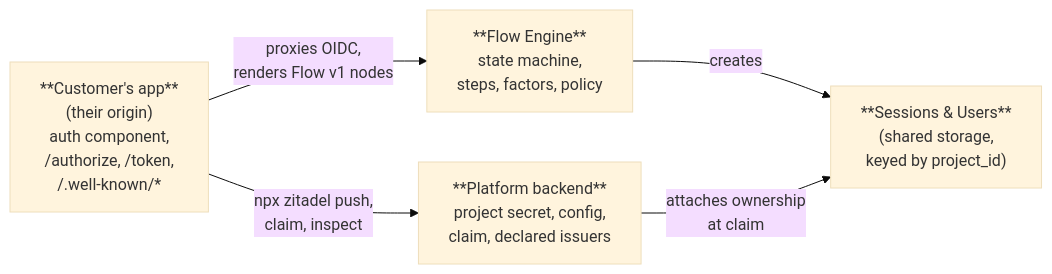
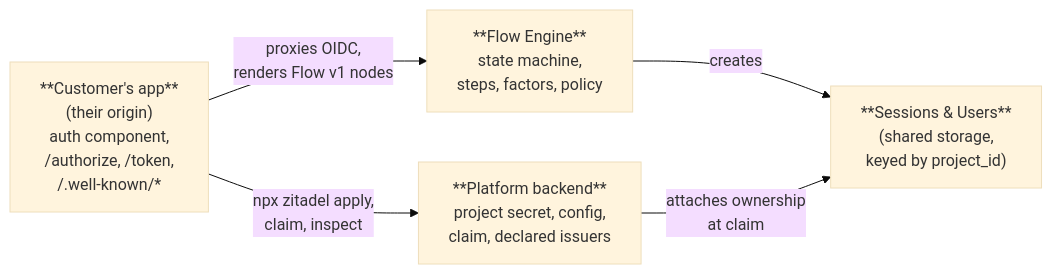
Before and after one commit to zitadel/nextgen: the diagram in docs/design/platform/overview.md, drawn with Mermaid (base theme). The commit also changed other lines of this file and 71 other files, not shown here.

````diff
--- a/docs/design/platform/overview.md
+++ b/docs/design/platform/overview.md
@@ -120,12 +125,12 @@
 ```mermaid
 graph LR
     CustomerApp["**Customer's app**<br>(their origin)<br>auth component,<br>/authorize, /token,<br>/.well-known/*"]
     Platform["**Platform backend**<br>project secret, config,<br>claim, declared issuers"]
     FlowEngine["**Flow Engine**<br>state machine,<br>steps, factors, policy"]
     Storage["**Sessions & Users**<br>(shared storage,<br>keyed by project_id)"]
 
     CustomerApp -- "proxies OIDC,<br>renders Flow v1 nodes" --> FlowEngine
-    CustomerApp -- "npx zitadel push,<br>claim, inspect" --> Platform
+    CustomerApp -- "npx zitadel apply,<br>claim, inspect" --> Platform
     FlowEngine -- "creates" --> Storage
     Platform -- "attaches ownership<br>at claim" --> Storage
 ```
````
